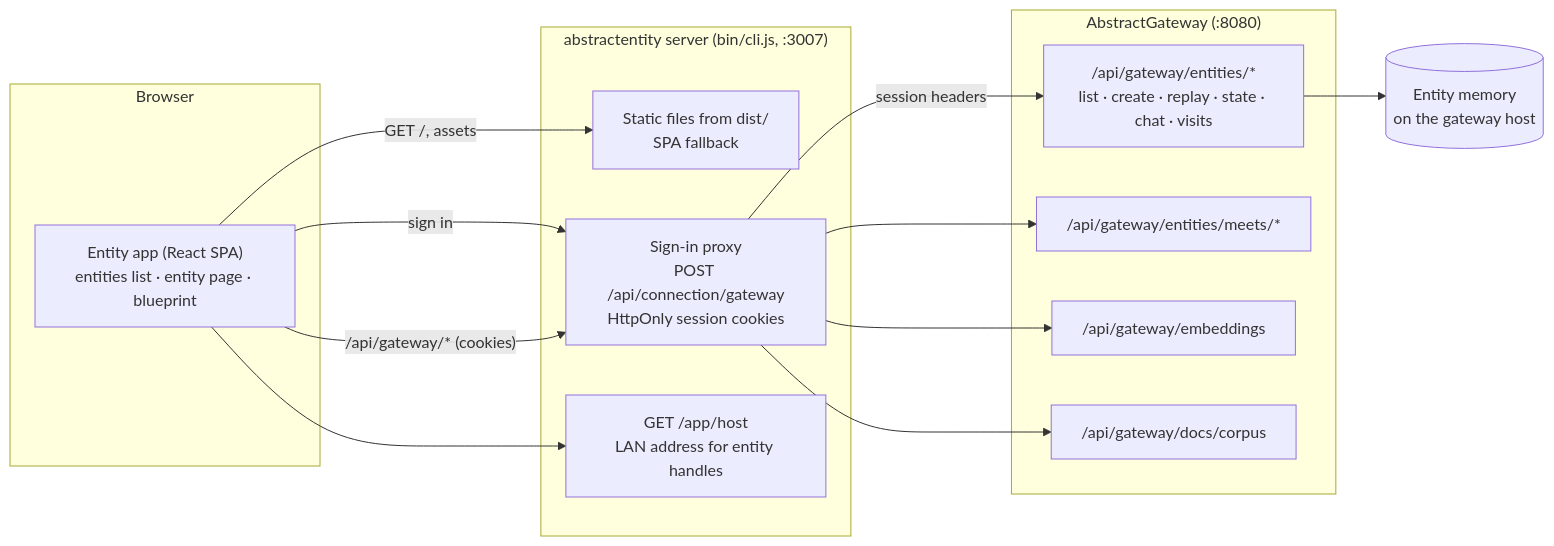
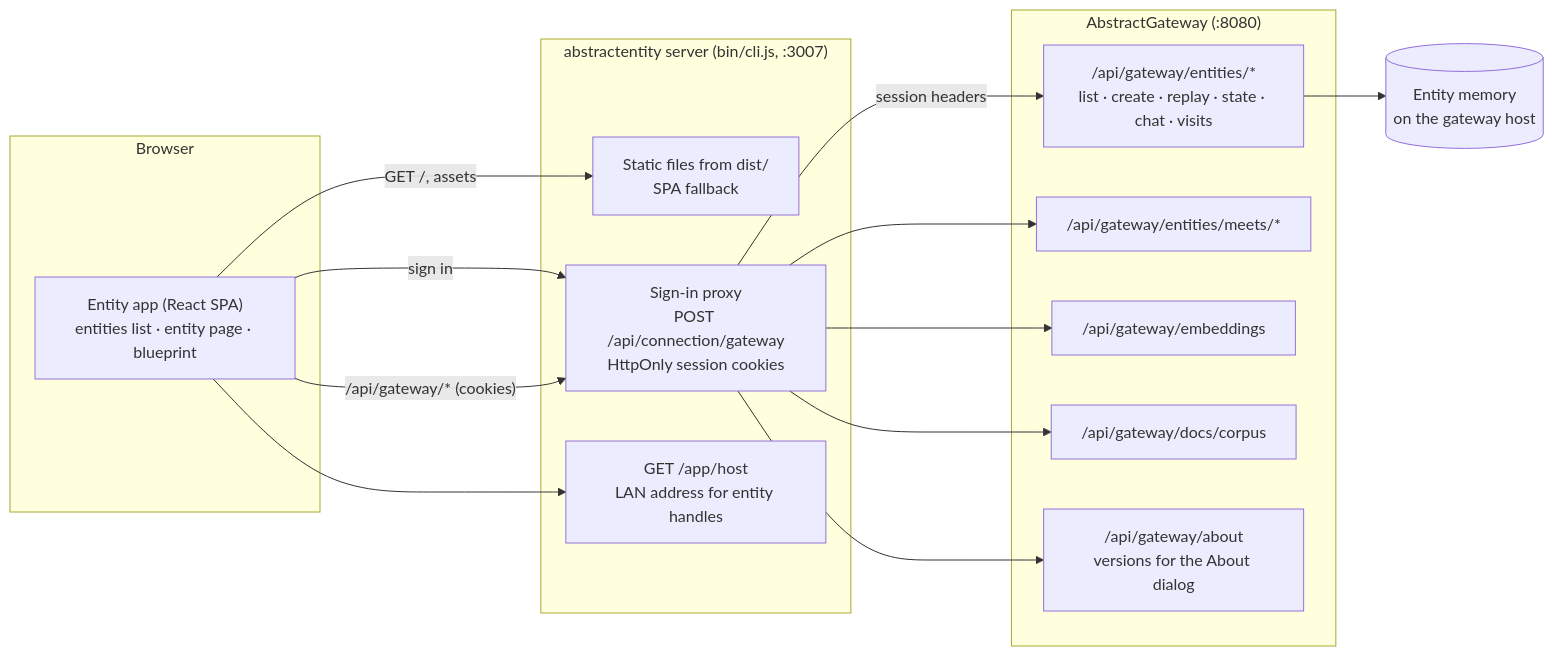
One commit to lpalbou/AbstractEntity changed the first of 3 diagrams in docs/architecture.md. Above: the diagram before and after it, drawn with Mermaid. The commit also changed other lines of this file and 9 other files, not shown here.

````diff
--- a/docs/architecture.md
+++ b/docs/architecture.md
@@ -15,28 +15,30 @@
 ```mermaid
 flowchart LR
   subgraph Browser
     SPA["Entity app (React SPA)<br/>entities list · entity page · blueprint"]
   end
   subgraph Server["abstractentity server (bin/cli.js, :3007)"]
     Static["Static files from dist/<br/>SPA fallback"]
     Proxy["Sign-in proxy<br/>POST /api/connection/gateway<br/>HttpOnly session cookies"]
     Host["GET /app/host<br/>LAN address for entity handles"]
   end
   subgraph Gateway["AbstractGateway (:8080)"]
     Entities["/api/gateway/entities/*<br/>list · create · replay · state · chat · visits"]
     Meets["/api/gateway/entities/meets/*"]
     Embed["/api/gateway/embeddings"]
     Docs["/api/gateway/docs/corpus"]
+    About["/api/gateway/about<br/>versions for the About dialog"]
   end
   Memory[("Entity memory<br/>on the gateway host")]
 
   SPA -- "GET /, assets" --> Static
   SPA -- "sign in" --> Proxy
   SPA -- "/api/gateway/* (cookies)" --> Proxy
   SPA --> Host
   Proxy -- "session headers" --> Entities
   Proxy --> Meets
   Proxy --> Embed
   Proxy --> Docs
+  Proxy --> About
   Entities --> Memory
 ```
````
